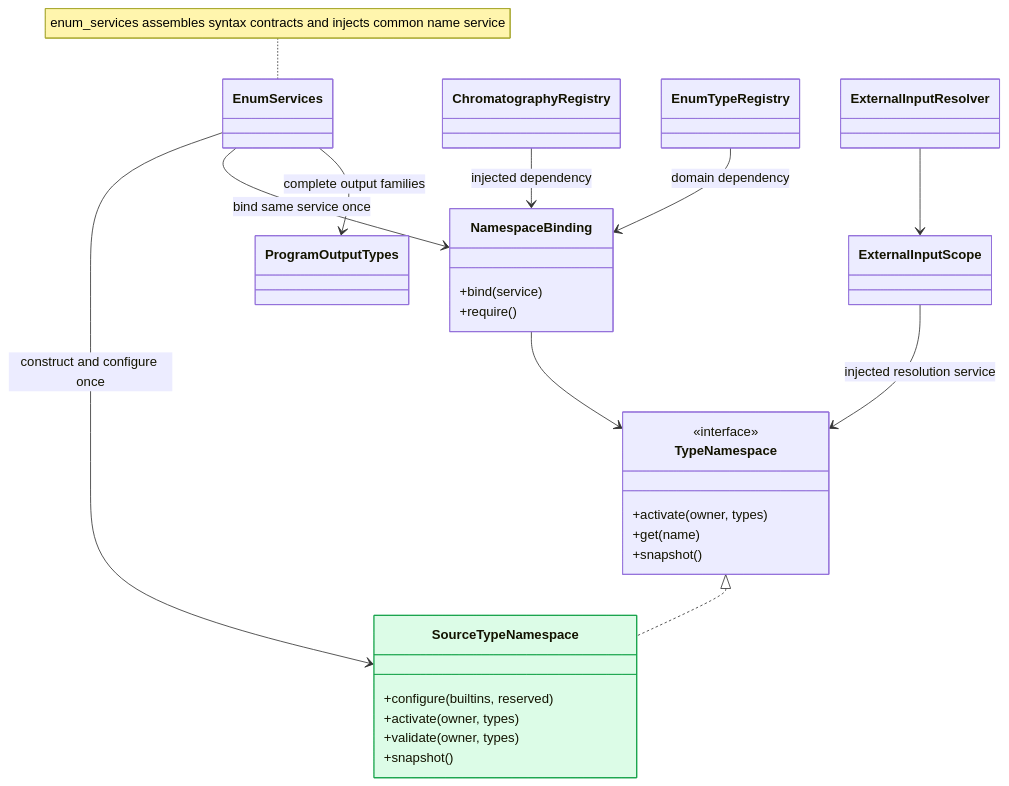
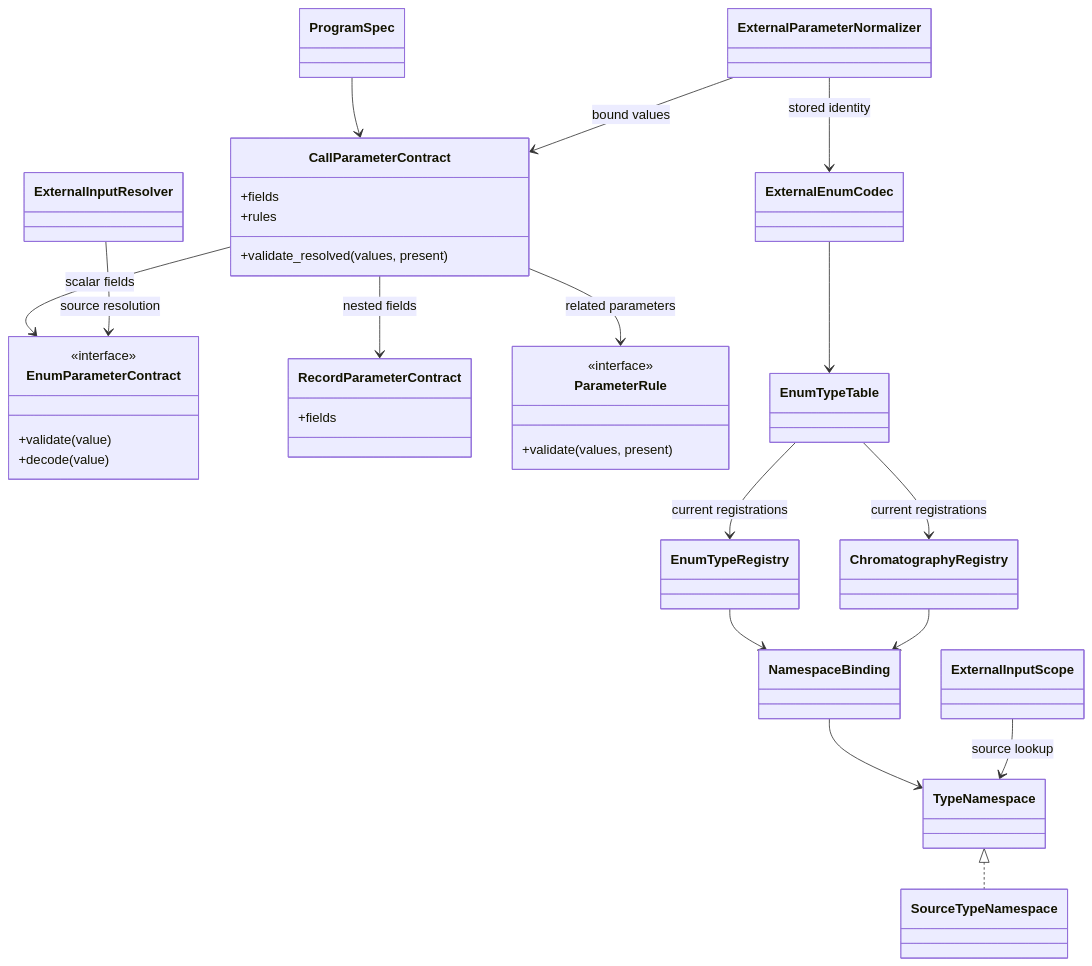
One commit to culsma/culsma changed the second of 3 diagrams in docs/architecture/pipeline/validate_module_diagrams.md. Above: the diagram before and after it, drawn with Mermaid. The commit also changed other lines of this file and 3 other files, not shown here.

Commit message:
docs: simplify architecture and plan gradual language ownership

````diff
--- a/docs/architecture/pipeline/validate_module_diagrams.md
+++ b/docs/architecture/pipeline/validate_module_diagrams.md
@@ -815,31 +50,35 @@
 ```mermaid
 classDiagram
-    class TypeNamespace {
+    class CallParameterContract {
+        +fields
+        +rules
+        +validate_resolved(values, present)
+    }
+    class EnumParameterContract {
         <<interface>>
-        +activate(owner, types)
-        +get(name)
-        +snapshot()
+        +validate(value)
+        +decode(value)
     }
-    class NamespaceBinding {
-        +bind(service)
-        +require()
+    class RecordParameterContract {
+        +fields
     }
+    class ParameterRule {
+        <<interface>>
+        +validate(values, present)
+    }
+    CallParameterContract --> EnumParameterContract : scalar fields
+    CallParameterContract --> RecordParameterContract : nested fields
+    CallParameterContract --> ParameterRule : related parameters
+    ProgramSpec --> CallParameterContract
+    ExternalInputResolver --> EnumParameterContract : source resolution
+    ExternalParameterNormalizer --> CallParameterContract : bound values
+    ExternalParameterNormalizer --> ExternalEnumCodec : stored identity
+    ExternalEnumCodec --> EnumTypeTable
+    EnumTypeTable --> EnumTypeRegistry : current registrations
+    EnumTypeTable --> ChromatographyRegistry : current registrations
+    EnumTypeRegistry --> NamespaceBinding
+    ChromatographyRegistry --> NamespaceBinding
+    NamespaceBinding --> TypeNamespace
     TypeNamespace <|.. SourceTypeNamespace
-    NamespaceBinding --> TypeNamespace
-    class SourceTypeNamespace {
-        +configure(builtins, reserved)
-        +activate(owner, types)
-        +validate(owner, types)
-        +snapshot()
-    }
-    class EnumServices
-    EnumServices --> SourceTypeNamespace : construct and configure once
-    EnumServices --> NamespaceBinding : bind same service once
-    ChromatographyRegistry --> NamespaceBinding : injected dependency
-    EnumTypeRegistry --> NamespaceBinding : domain dependency
-    ExternalInputScope --> TypeNamespace : injected resolution service
-    ExternalInputResolver --> ExternalInputScope
-    EnumServices --> ProgramOutputTypes : complete output families
-    note for EnumServices "enum_services assembles syntax contracts and injects common name service"
-    style SourceTypeNamespace fill:#dcfce7,stroke:#16a34a
+    ExternalInputScope --> TypeNamespace : source lookup
 ```
````
